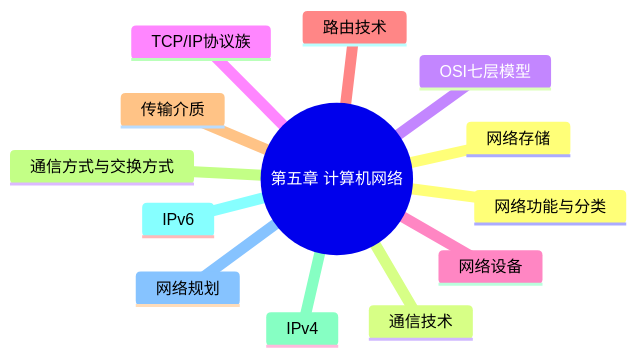
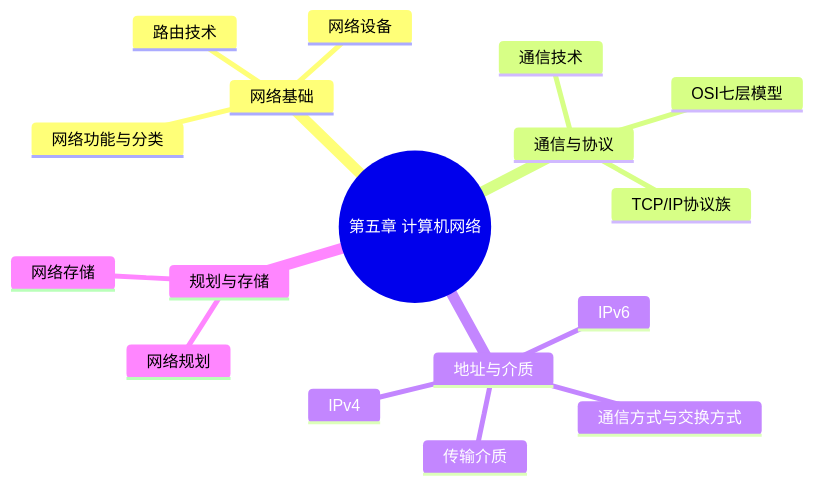
One commit to skylonely/sgao-website changed the diagram in docs/ruankao/system-architect/chapters/chapter-05/16-summary.md. Above: the diagram before and after it, drawn with Mermaid. The commit also changed 39 other files, not shown here.

Commit message:
fix: Mermaid 思维导图

````diff
--- a/docs/ruankao/system-architect/chapters/chapter-05/16-summary.md
+++ b/docs/ruankao/system-architect/chapters/chapter-05/16-summary.md
@@ -22,16 +22,20 @@
 ```mermaid
 mindmap
   root((第五章 计算机网络))
-    网络功能与分类
-    通信技术
-    OSI七层模型
-    TCP/IP协议族
-    网络设备
-    路由技术
-    传输介质
-    通信方式与交换方式
-    IPv4
-    IPv6
-    网络规划
-    网络存储
+    网络基础
+      网络功能与分类
+      网络设备
+      路由技术
+    通信与协议
+      通信技术
+      OSI七层模型
+      TCP/IP协议族
+    地址与介质
+      IPv4
+      IPv6
+      传输介质
+      通信方式与交换方式
+    规划与存储
+      网络规划
+      网络存储
 ```
````
